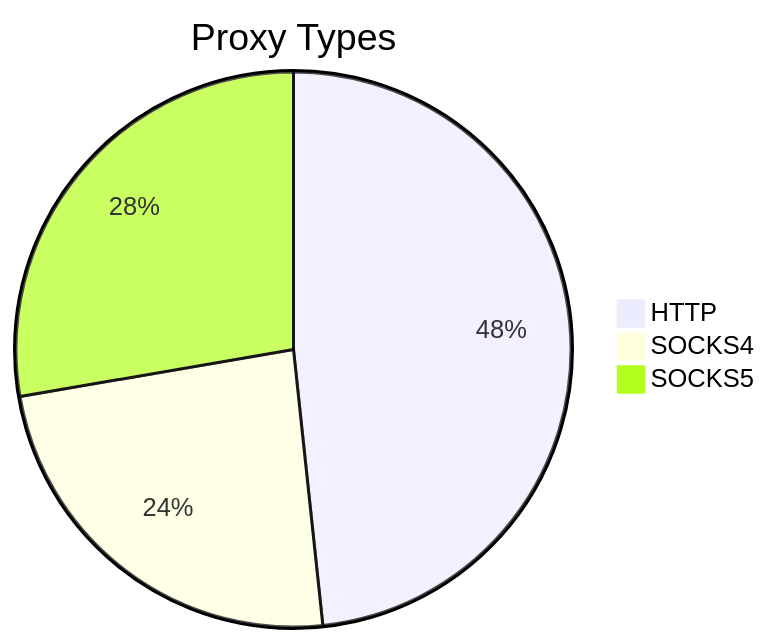
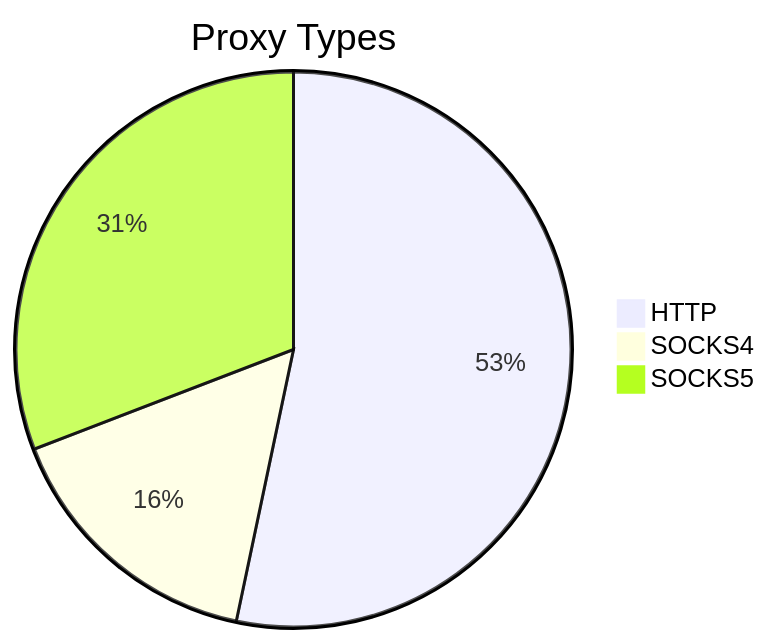
One commit to stormsia/proxy-list changed the first of 2 diagrams in README.md. Above: the diagram before and after it, drawn with Mermaid. The commit also changed other lines of this file, not shown here.

````diff
--- a/README.md
+++ b/README.md
@@ -21,6 +21,6 @@
 ```mermaid
 pie title Proxy Types
-    "HTTP" : 272
-    "SOCKS4" : 135
-    "SOCKS5" : 156
+    "HTTP" : 121
+    "SOCKS4" : 36
+    "SOCKS5" : 70
 ```
````
